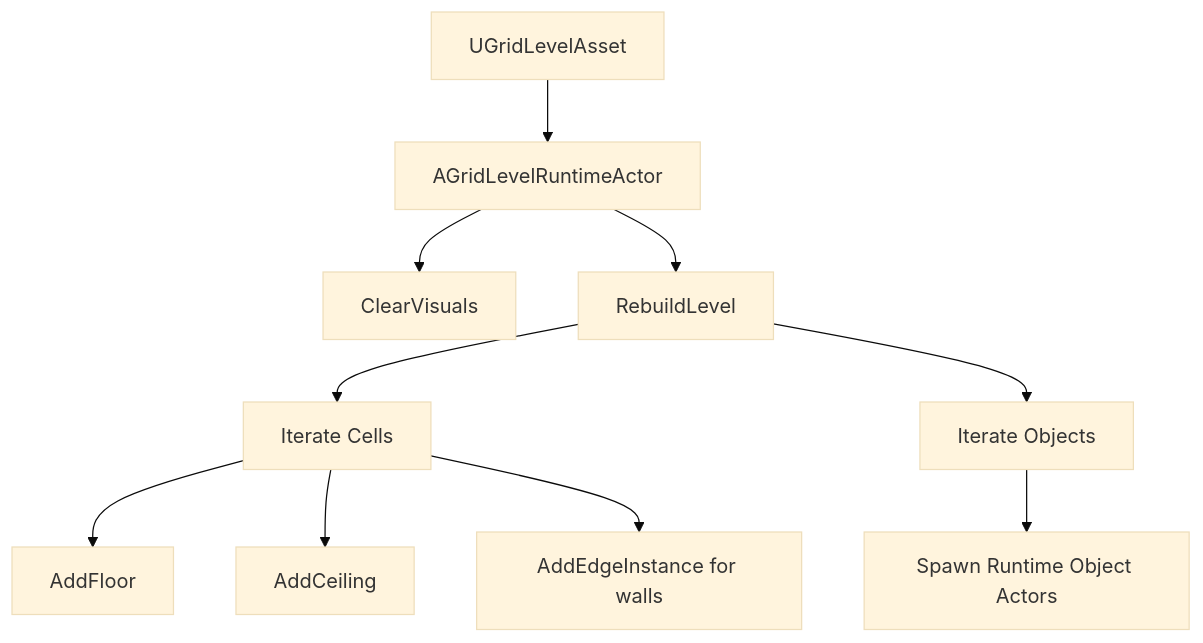
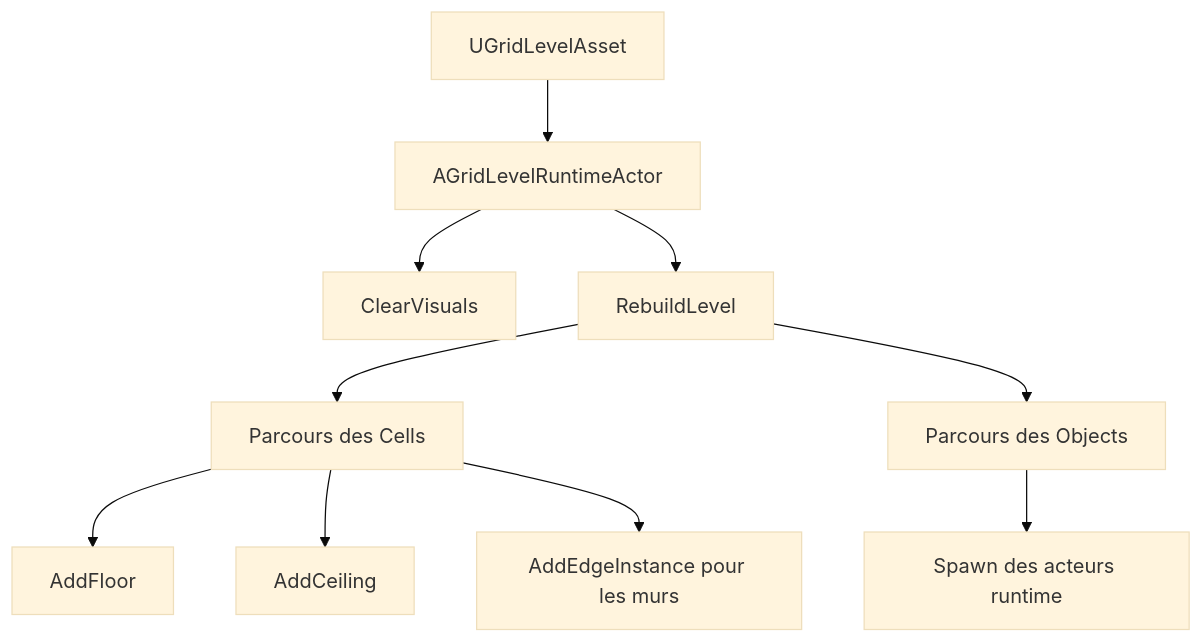
Before and after one commit to PhilippeMartin1964/GrimrockPrototype: the seventh of 9 diagrams in docs/Architecture/CORE_DUNGEON_LEVEL_GRID.md, drawn with Mermaid (base theme). The commit also changed other lines of this file, not shown here.

````diff
--- a/docs/Architecture/CORE_DUNGEON_LEVEL_GRID.md
+++ b/docs/Architecture/CORE_DUNGEON_LEVEL_GRID.md
@@ -967,14 +971,14 @@
 ```mermaid
 flowchart TD
     A[UGridLevelAsset] --> B[AGridLevelRuntimeActor]
     B --> C[ClearVisuals]
     B --> D[RebuildLevel]
 
-    D --> E[Iterate Cells]
+    D --> E[Parcours des Cells]
     E --> F[AddFloor]
     E --> G[AddCeiling]
-    E --> H[AddEdgeInstance for walls]
+    E --> H[AddEdgeInstance pour les murs]
 
-    D --> I[Iterate Objects]
-    I --> J[Spawn Runtime Object Actors]
+    D --> I[Parcours des Objects]
+    I --> J[Spawn des acteurs runtime]
 ```
````
